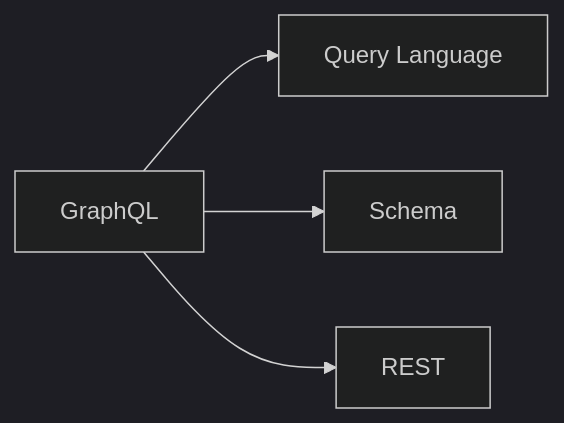
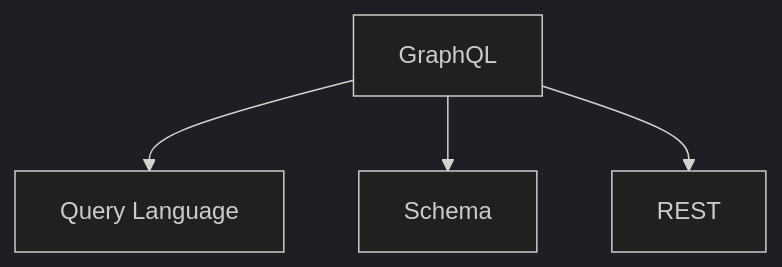
Before and after one commit to zyrass/omnydocs: diagram 16 of 41 in docs/glossaire/developpement-web.md, drawn with Mermaid (dark theme). The commit also changed other lines of this file and 1780 other files, not shown here.

````diff
--- a/docs/glossaire/developpement-web.md
+++ b/docs/glossaire/developpement-web.md
@@ -323,6 +389,6 @@
-    ```mermaid
-    graph LR
-        A[GraphQL] --> B[Query Language]
-        A --> C[Schema]
-        A --> D[REST]
-    ```
+```mermaid
+graph TB
+    A[GraphQL] --> B[Query Language]
+    A --> C[Schema]
+    A --> D[REST]
+```
````
